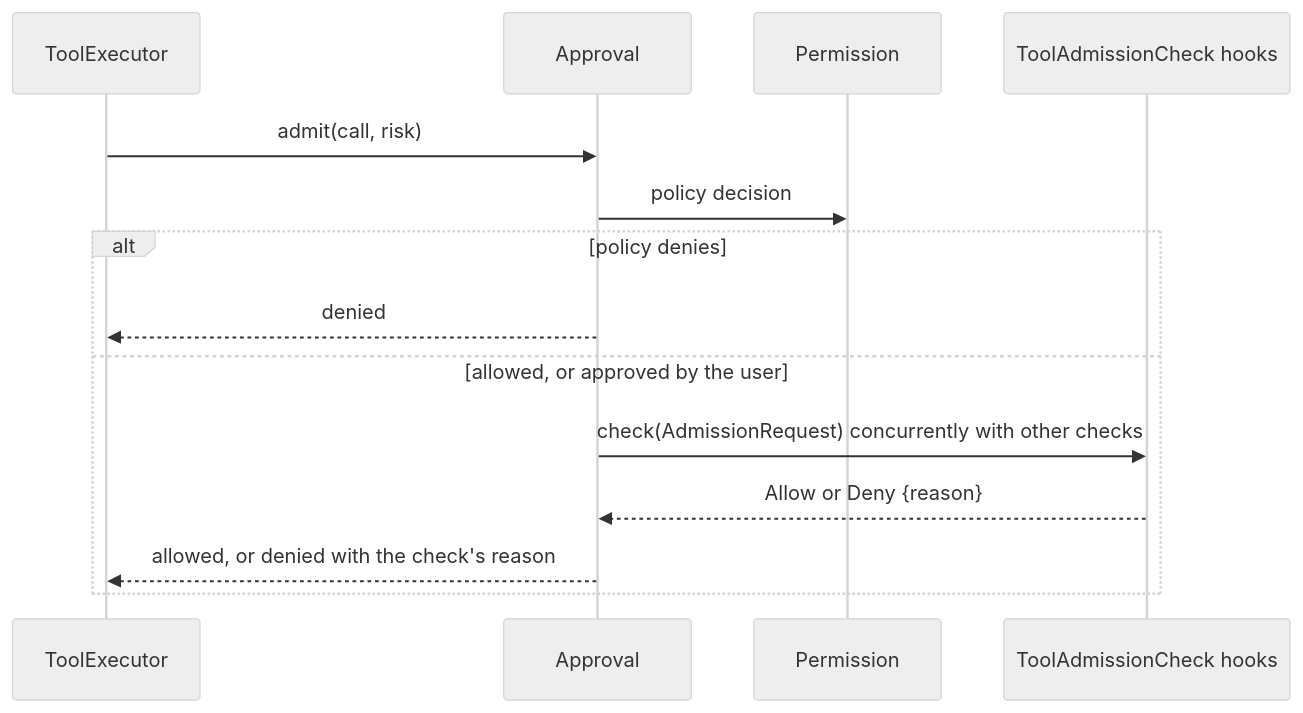
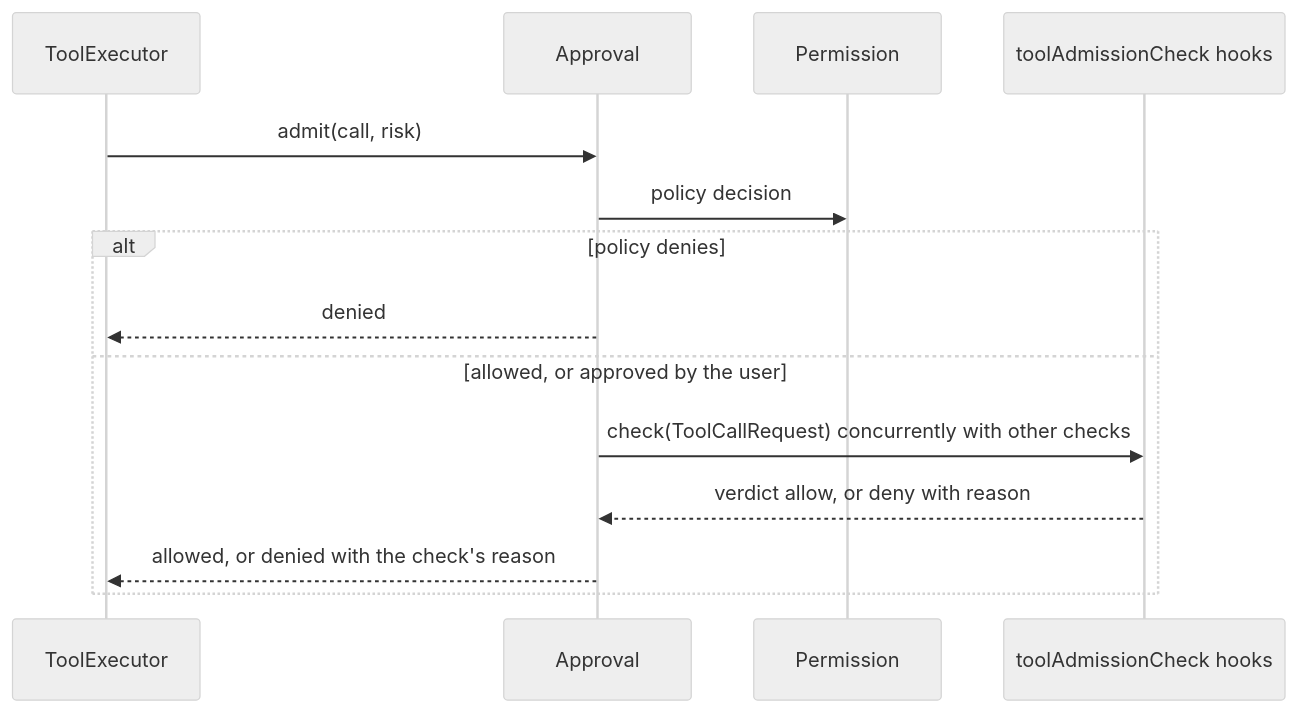
Before and after one commit to CoutinhoTTS/dim-agent: the fourth of 5 diagrams in docs/design/contracts/session-boundary.md, drawn with Mermaid (neutral theme). The commit also changed other lines of this file and 3 other files, not shown here.

````diff
--- a/docs/design/contracts/session-boundary.md
+++ b/docs/design/contracts/session-boundary.md
@@ -106,16 +117,16 @@
 ```mermaid
 sequenceDiagram
   participant TE as ToolExecutor
   participant AP as Approval
   participant PM as Permission
-  participant H as ToolAdmissionCheck hooks
+  participant H as toolAdmissionCheck hooks
   TE->>AP: admit(call, risk)
   AP->>PM: policy decision
   alt policy denies
     AP-->>TE: denied
   else allowed, or approved by the user
-    AP->>H: check(AdmissionRequest) concurrently with other checks
-    H-->>AP: Allow or Deny {reason}
+    AP->>H: check(ToolCallRequest) concurrently with other checks
+    H-->>AP: verdict allow, or deny with reason
     AP-->>TE: allowed, or denied with the check's reason
   end
 ```
````
